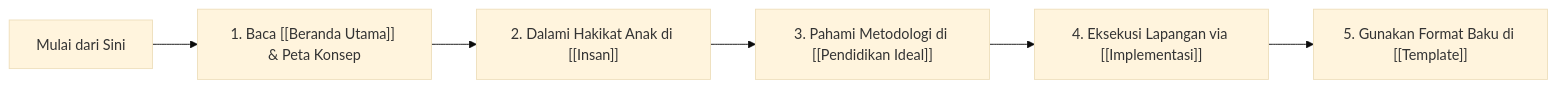
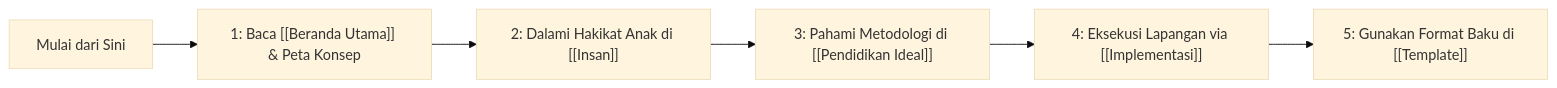
The second of 2 diagrams in content/Paradigma - Implementasi PKN/index.md (decaller/wiki-pkn), drawn with Mermaid (base theme) before and after one commit. The commit also changed 26 other files, not shown here.

Commit message:
fix(mermaid): sanitize list syntax in node labels to resolve 'Unsupported markdown: list' error

````diff
--- a/content/Paradigma - Implementasi PKN/index.md
+++ b/content/Paradigma - Implementasi PKN/index.md
@@ -107,8 +107,8 @@
 ```mermaid
 flowchart LR
-    Start["Mulai dari Sini"] --> Step1["1. Baca [[Beranda Utama]] & Peta Konsep"]
-    Step1 --> Step2["2. Dalami Hakikat Anak di [[Insan]]"]
-    Step2 --> Step3["3. Pahami Metodologi di [[Pendidikan Ideal]]"]
-    Step3 --> Step4["4. Eksekusi Lapangan via [[Implementasi]]"]
-    Step4 --> Step5["5. Gunakan Format Baku di [[Template]]"]
+    Start["Mulai dari Sini"] --> Step1["1: Baca [[Beranda Utama]] & Peta Konsep"]
+    Step1 --> Step2["2: Dalami Hakikat Anak di [[Insan]]"]
+    Step2 --> Step3["3: Pahami Metodologi di [[Pendidikan Ideal]]"]
+    Step3 --> Step4["4: Eksekusi Lapangan via [[Implementasi]]"]
+    Step4 --> Step5["5: Gunakan Format Baku di [[Template]]"]
 ```
````
